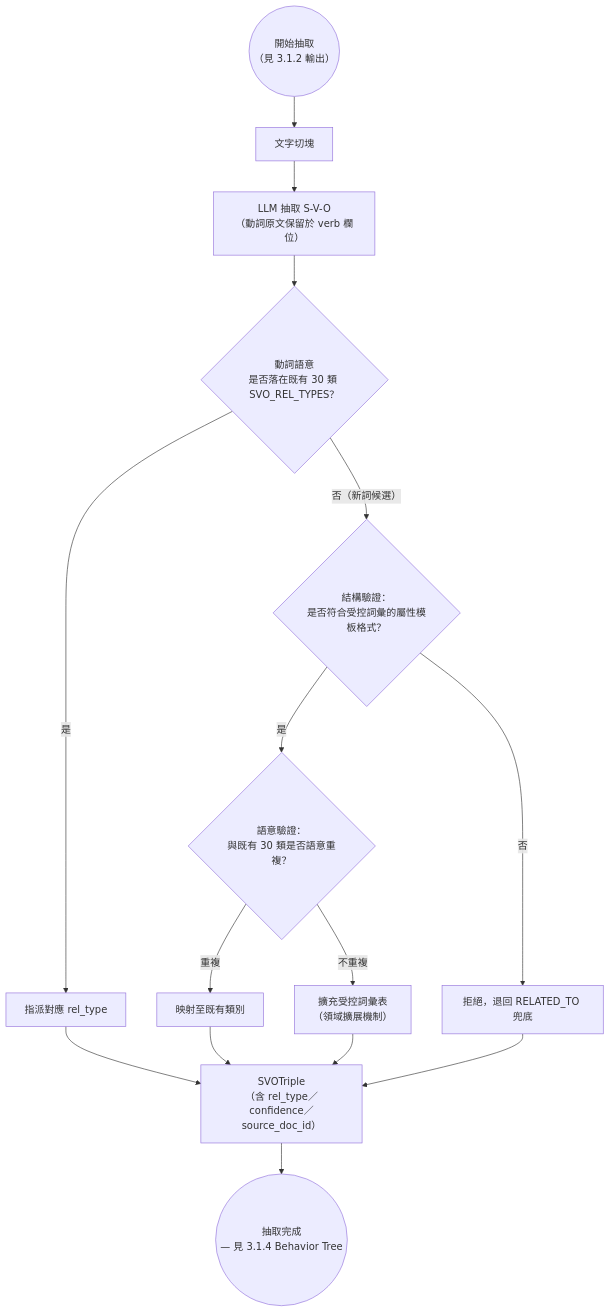
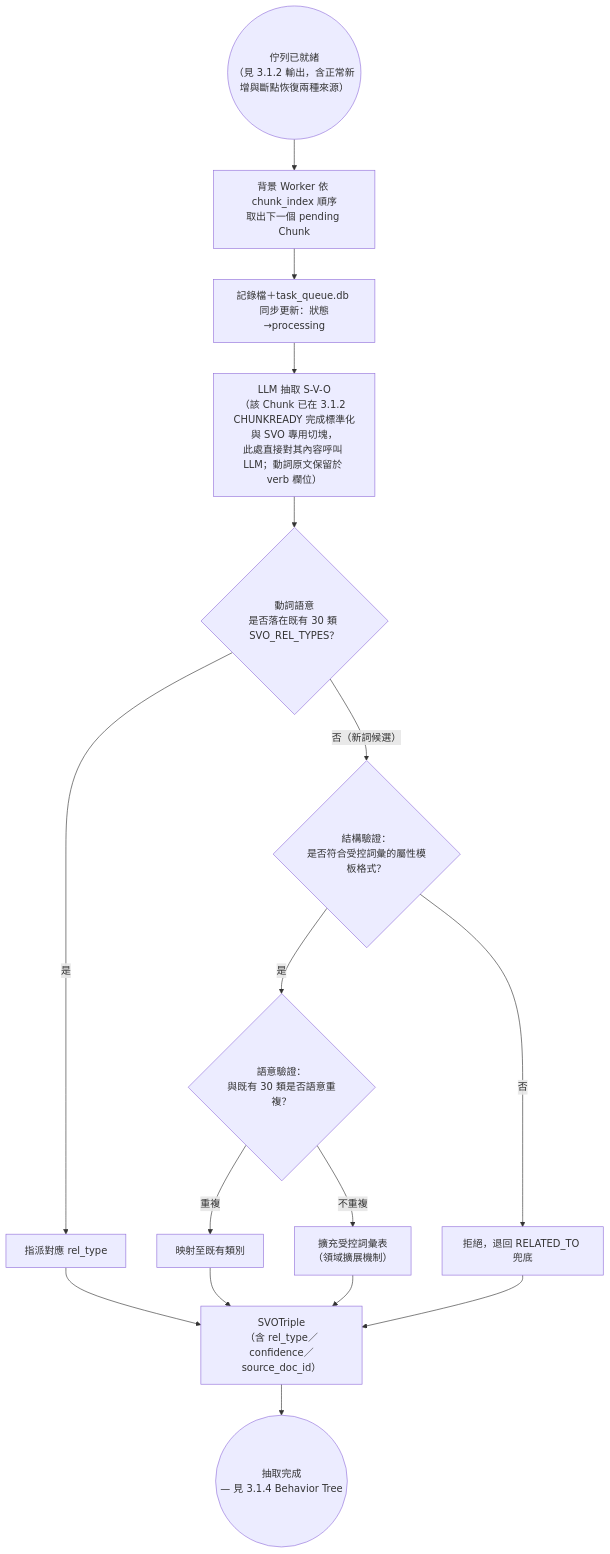
One commit to Chester930/world-knowledge-graph-rag changed the fifth of 12 diagrams in docs/論文/03_系統設計與方法論.md. Above: the diagram before and after it, drawn with Mermaid. The commit also changed other lines of this file, not shown here.

First line of the commit message:
docs(論文): 3.1.2 拆出佇列消費者端（Worker/PROC）至 3.1.3，生產者/消費者分工更乾淨

````diff
--- a/docs/論文/03_系統設計與方法論.md
+++ b/docs/論文/03_系統設計與方法論.md
@@ -214,17 +212,18 @@
 ```mermaid
 flowchart TD
-    HANDOFF2(("開始抽取<br/>（見 3.1.2 輸出）")) --> CHUNK["文字切塊"]
-    CHUNK --> LLM_SVO["LLM 抽取 S-V-O<br/>（動詞原文保留於 verb 欄位）"]
+    READY2(("佇列已就緒<br/>（見 3.1.2 輸出，含正常新增與斷點恢復兩種來源）")) --> WORKER["背景 Worker 依 chunk_index 順序<br/>取出下一個 pending Chunk"]
+    WORKER --> PROC["記錄檔＋task_queue.db 同步更新：狀態→processing"]
+    PROC --> LLM_SVO["LLM 抽取 S-V-O<br/>（該 Chunk 已在 3.1.2 CHUNKREADY 完成標準化與 SVO 專用切塊，<br/>此處直接對其內容呼叫 LLM；動詞原文保留於 verb 欄位）"]
     LLM_SVO --> MATCH{"動詞語意<br/>是否落在既有 30 類 SVO_REL_TYPES？"}
     MATCH -->|是| ASSIGN["指派對應 rel_type"]
     MATCH -->|"否（新詞候選）"| STRUCT{"結構驗證：<br/>是否符合受控詞彙的屬性模板格式？"}
     STRUCT -->|否| REJECT["拒絕，退回 RELATED_TO 兜底"]
     STRUCT -->|是| SEMANTIC{"語意驗證：<br/>與既有 30 類是否語意重複？"}
     SEMANTIC -->|重複| MAPEXIST["映射至既有類別"]
     SEMANTIC -->|不重複| EXPAND["擴充受控詞彙表<br/>（領域擴展機制）"]
     ASSIGN --> TRIPLE["SVOTriple<br/>（含 rel_type／confidence／source_doc_id）"]
     MAPEXIST --> TRIPLE
     EXPAND --> TRIPLE
     REJECT --> TRIPLE
     TRIPLE --> HANDOFF3(("抽取完成<br/>— 見 3.1.4 Behavior Tree"))
 ```
````
